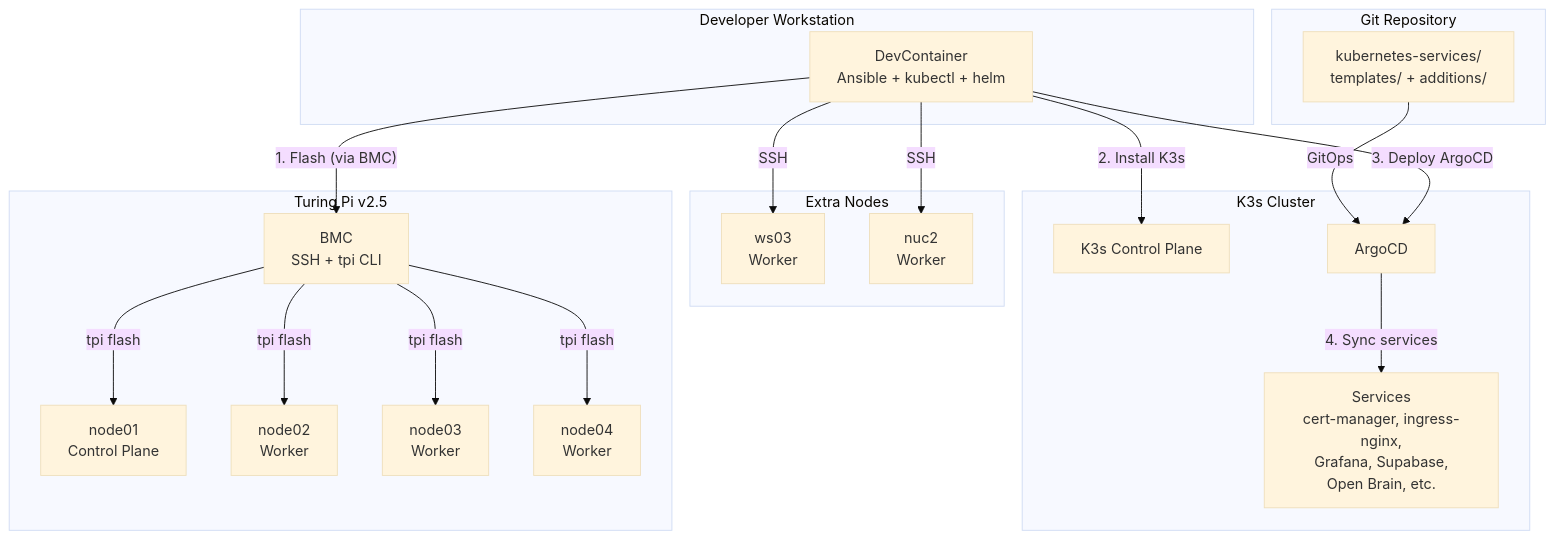
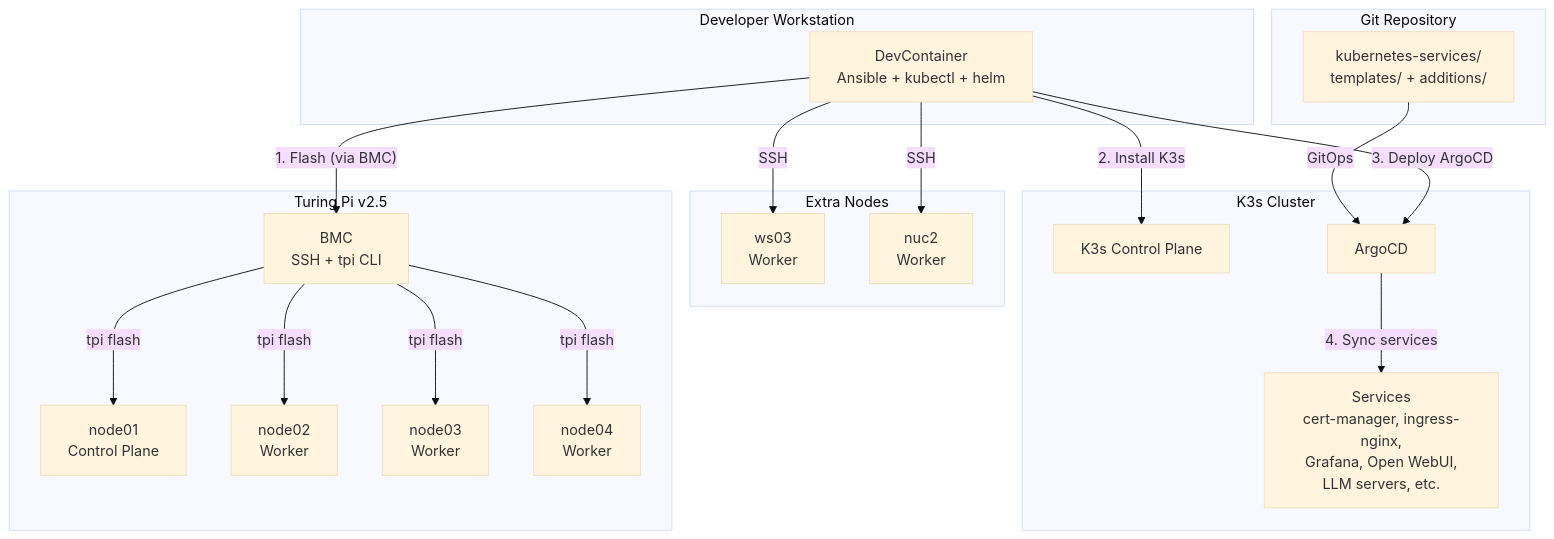
Before and after one commit to gilesknap/tpi-k3s-ansible: the first of 3 diagrams in docs/explanations/architecture.md, drawn with Mermaid (base theme). The commit also changed 101 other files, not shown here.

First line of the commit message:
Remove thoth, self-hosted Supabase and Open Brain; fix sealed-secrets and kyverno sync

````diff
--- a/docs/explanations/architecture.md
+++ b/docs/explanations/architecture.md
@@ -11,37 +11,37 @@
 ```mermaid
 flowchart TB
     subgraph Workstation["Developer Workstation"]
         DC[DevContainer<br/>Ansible + kubectl + helm]
     end
 
     subgraph TuringPi["Turing Pi v2.5"]
         BMC[BMC<br/>SSH + tpi CLI]
         N1[node01<br/>Control Plane]
         N2[node02<br/>Worker]
         N3[node03<br/>Worker]
         N4[node04<br/>Worker]
     end
 
     subgraph Extra["Extra Nodes"]
         E1[ws03<br/>Worker]
         E2[nuc2<br/>Worker]
     end
 
     subgraph Cluster["K3s Cluster"]
         K3S[K3s Control Plane]
         ARGO[ArgoCD]
-        SVC[Services<br/>cert-manager, ingress-nginx,<br/>Grafana, Supabase,<br/>Open Brain, etc.]
+        SVC[Services<br/>cert-manager, ingress-nginx,<br/>Grafana, Open WebUI,<br/>LLM servers, etc.]
     end
 
     subgraph Git["Git Repository"]
         REPO["kubernetes-services/<br/>templates/ + additions/"]
     end
 
     DC -->|"1. Flash (via BMC)"| BMC
     BMC -->|"tpi flash"| N1 & N2 & N3 & N4
     DC -->|"2. Install K3s"| K3S
     DC -->|"3. Deploy ArgoCD"| ARGO
     ARGO -->|"4. Sync services"| SVC
     REPO -->|"GitOps"| ARGO
     DC -->|"SSH"| E1 & E2
 ```
````
